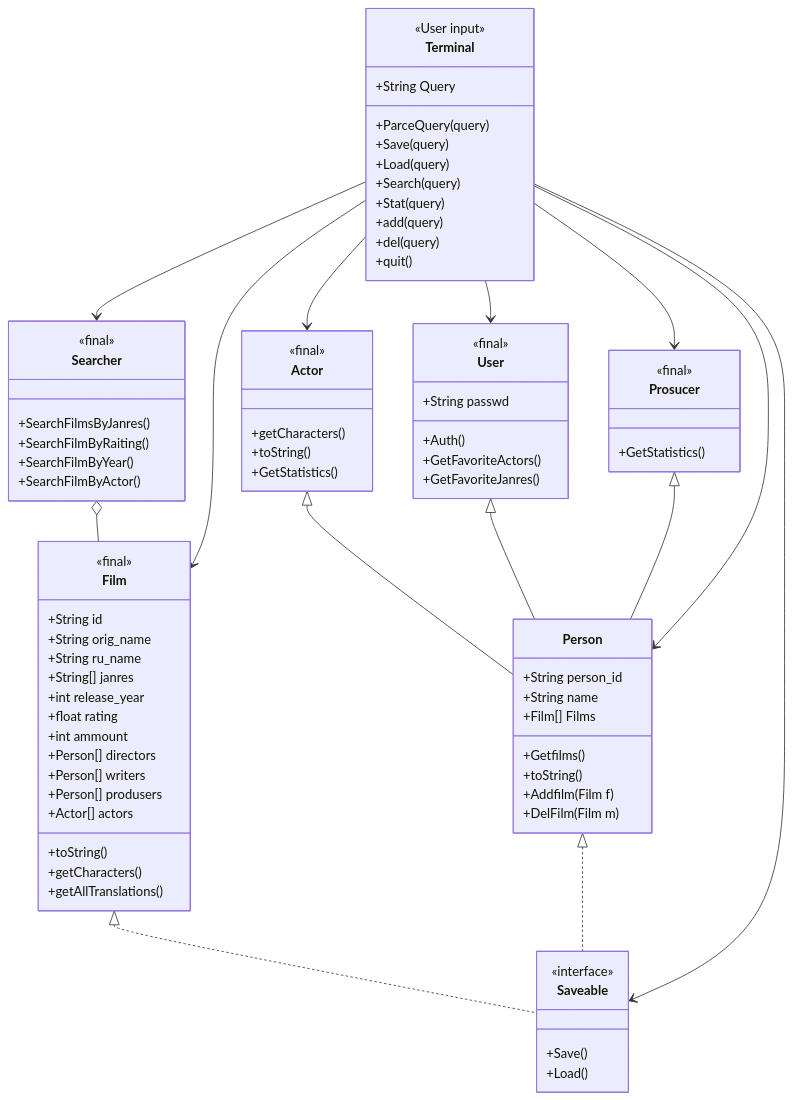
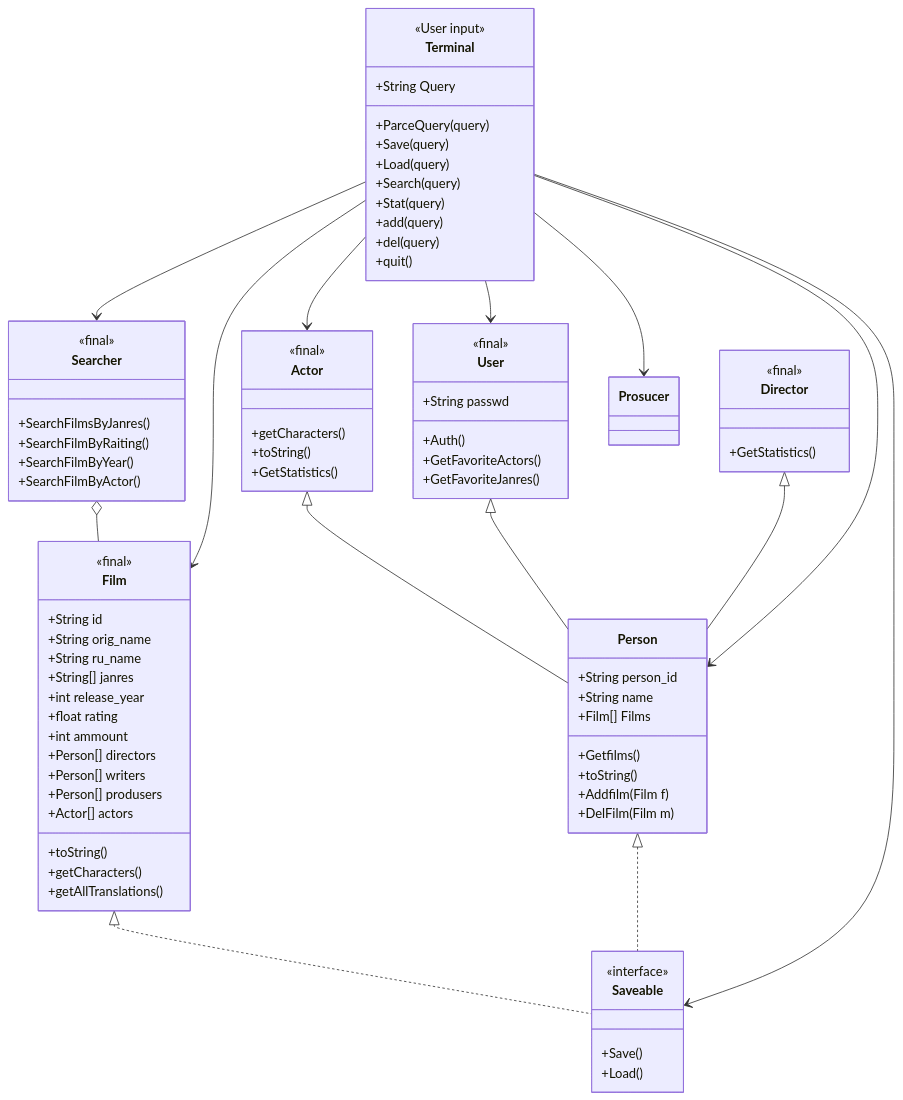
One commit to mmonastyrskiy/Programming_3_sem changed the diagram in Java_OOP/Monastyrskiy/Java_project/docs/structure.md. Above: the diagram before and after it, drawn with Mermaid.

```diff
--- a/Java_OOP/Monastyrskiy/Java_project/docs/structure.md
+++ b/Java_OOP/Monastyrskiy/Java_project/docs/structure.md
@@ -65,7 +65,7 @@
 
 
     }
-    class Prosucer{
+    class Director{
     <<final>>
     +GetStatistics()
     }
@@ -95,7 +95,7 @@
     
     Actor <|-- Person
     User <|-- Person
-    Prosucer <|-- Person
+    Director <|-- Person
     Film <|.. Saveable
     Person <|.. Saveable
     Searcher o-- Film
```
